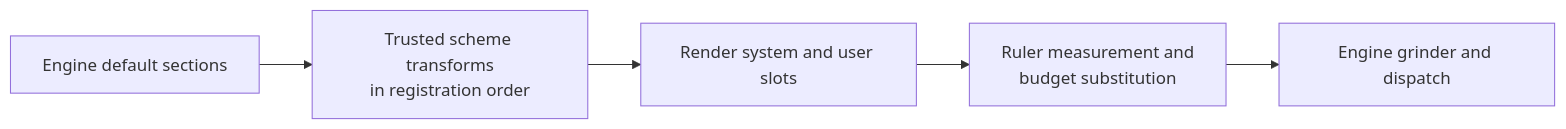
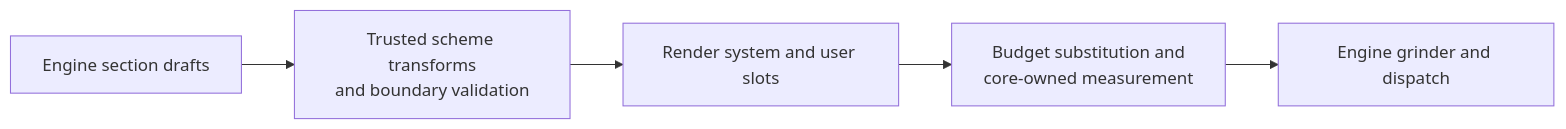
Diagram 13 of 17 in plurnk-core/SPEC.md (plurnk/plurnk-service), drawn with Mermaid before and after one commit. The commit also changed other lines of this file and 13 other files, not shown here.

````diff
--- a/plurnk-core/SPEC.md
+++ b/plurnk-core/SPEC.md
@@ -1837,7 +1837,7 @@
 ```mermaid
 flowchart LR
-    defaults[Engine default sections] --> transforms[Trusted scheme transforms<br/>in registration order]
+    defaults[Engine section drafts] --> transforms[Trusted scheme transforms<br/>and boundary validation]
     transforms --> render[Render system and user slots]
-    render --> measure[Ruler measurement and<br/>budget substitution]
+    render --> measure[Budget substitution and<br/>core-owned measurement]
     measure --> rail[Engine grinder and dispatch]
 ```
````
